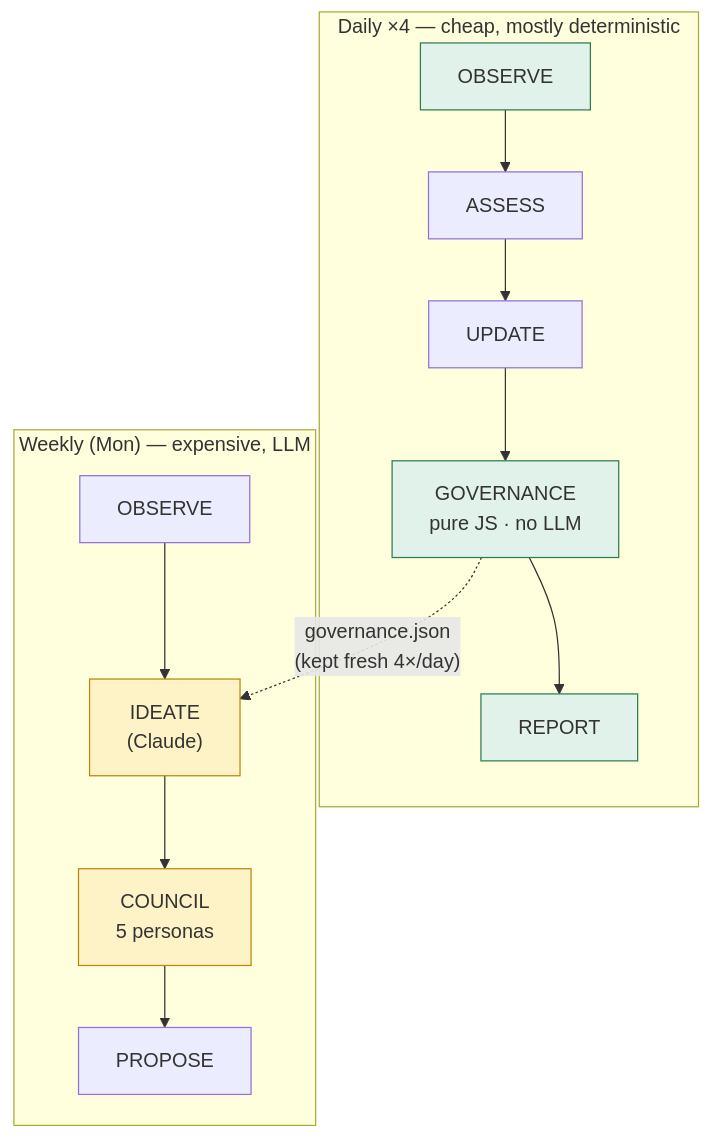
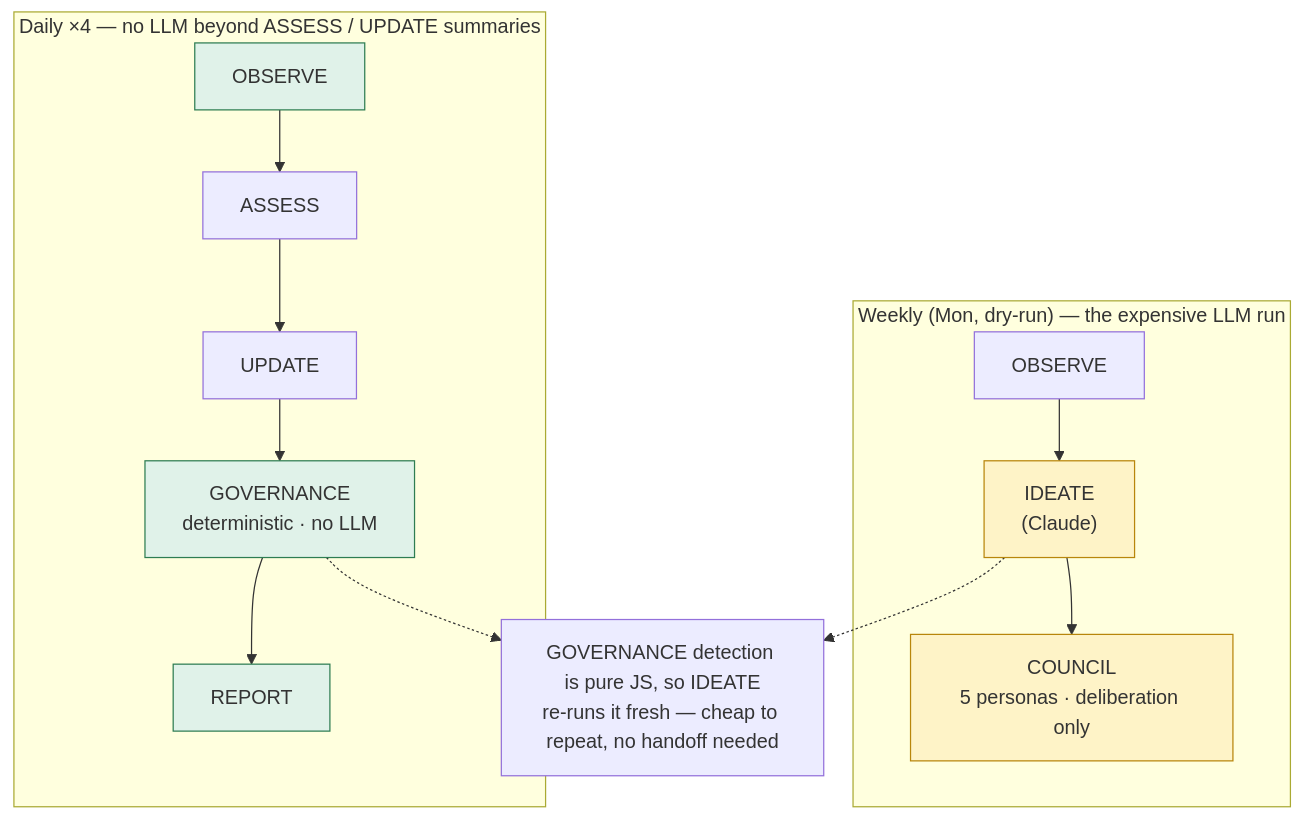
One commit to IsmaelMartinez/repo-butler changed the third of 5 diagrams in docs/architecture.md. Above: the diagram before and after it, drawn with Mermaid. The commit also changed other lines of this file, not shown here.

````diff
--- a/docs/architecture.md
+++ b/docs/architecture.md
@@ -118,15 +118,17 @@
 ```mermaid
 flowchart TB
-    subgraph Daily["Daily ×4 — cheap, mostly deterministic"]
-        d1["OBSERVE"] --> d2["ASSESS"] --> d3["UPDATE"] --> d4["GOVERNANCE<br/>pure JS · no LLM"] --> d5["REPORT"]
+    subgraph Daily["Daily ×4 — no LLM beyond ASSESS / UPDATE summaries"]
+        d1["OBSERVE"] --> d2["ASSESS"] --> d3["UPDATE"] --> d4["GOVERNANCE<br/>deterministic · no LLM"] --> d5["REPORT"]
     end
-    subgraph Weekly["Weekly (Mon) — expensive, LLM"]
-        w1["OBSERVE"] --> w2["IDEATE<br/>(Claude)"] --> w3["COUNCIL<br/>5 personas"] --> w4["PROPOSE"]
+    subgraph Weekly["Weekly (Mon, dry-run) — the expensive LLM run"]
+        w1["OBSERVE"] --> w2["IDEATE<br/>(Claude)"] --> w3["COUNCIL<br/>5 personas · deliberation only"]
     end
-    d4 -. "governance.json<br/>(kept fresh 4×/day)" .-> w2
+    note["GOVERNANCE detection is pure JS, so IDEATE<br/>re-runs it fresh — cheap to repeat, no handoff needed"]
+    d4 -.-> note
+    w2 -.-> note
 
     classDef det fill:#e0f2e9,stroke:#2e7d52;
     classDef llm fill:#fef3c7,stroke:#b8860b;
     class d1,d4,d5 det;
     class w2,w3 llm;
 ```
````
